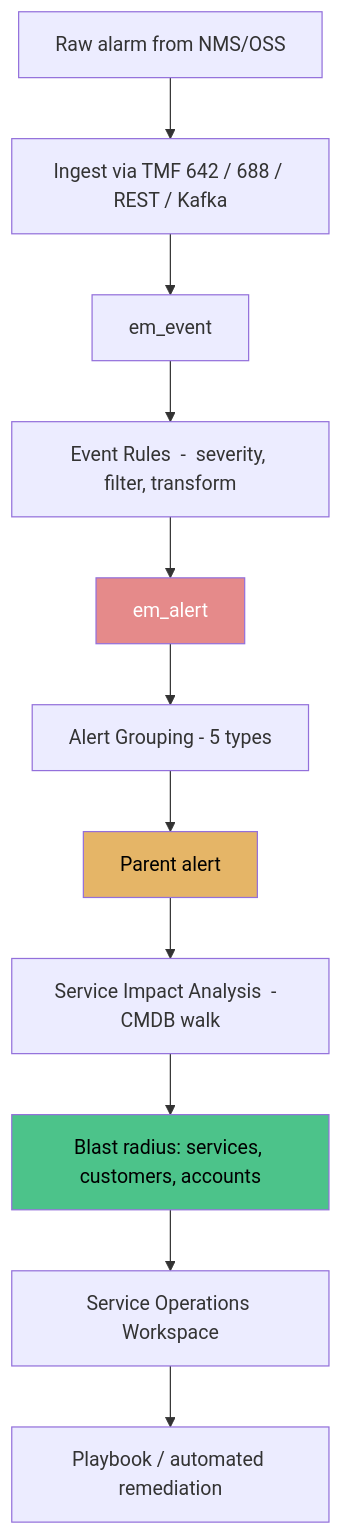
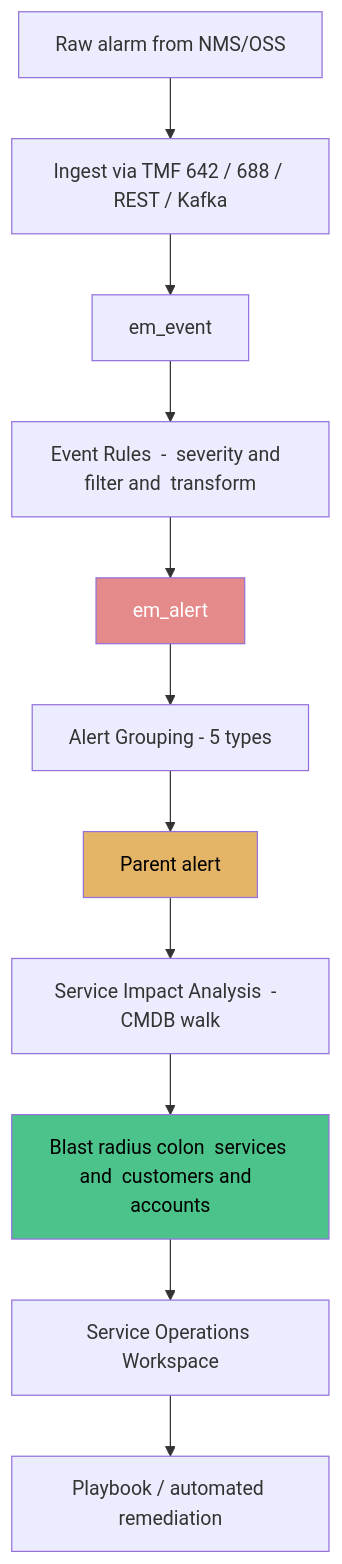
The sixth of 6 diagrams in docs/modules/tsom/tsom-guide.md (eltonaguiar/ServiceNow_Learning_TSOM-_CSM_FSM_SalesCRM_HAM_ITSM), drawn with Mermaid before and after one commit. The commit also changed other lines of this file and 19 other files, not shown here.

Commit message:
Fix all Mermaid diagram special characters - replace dollar, parens, slashes, quotes, pipes, nested brackets and other unsafe chars inside brackets with safe alternatives across 19 files

````diff
--- a/docs/modules/tsom/tsom-guide.md
+++ b/docs/modules/tsom/tsom-guide.md
@@ -1348,16 +1348,16 @@
 ```mermaid
 flowchart TD
     ALARM[Raw alarm from NMS/OSS] --> INGEST[Ingest via TMF 642 / 688 / REST / Kafka]
     INGEST --> EVENT[em_event]
-    EVENT --> RULE[Event Rules  -  severity, filter, transform]
+    EVENT --> RULE[Event Rules  -  severity and  filter and  transform]
     RULE --> ALERT[em_alert]
     ALERT --> GROUP[Alert Grouping  -  5 types]
     GROUP --> PARENT[Parent alert]
     PARENT --> SIA[Service Impact Analysis  -  CMDB walk]
-    SIA --> BLAST[Blast radius: services, customers, accounts]
+    SIA --> BLAST[Blast radius colon  services and  customers and  accounts]
     BLAST --> SOW[Service Operations Workspace]
     SOW --> PLAY[Playbook / automated remediation]
     style ALERT fill:#e58a8a,color:#fff
     style PARENT fill:#e5b567,color:#000
     style BLAST fill:#4cc38a,color:#000
 ```
````
